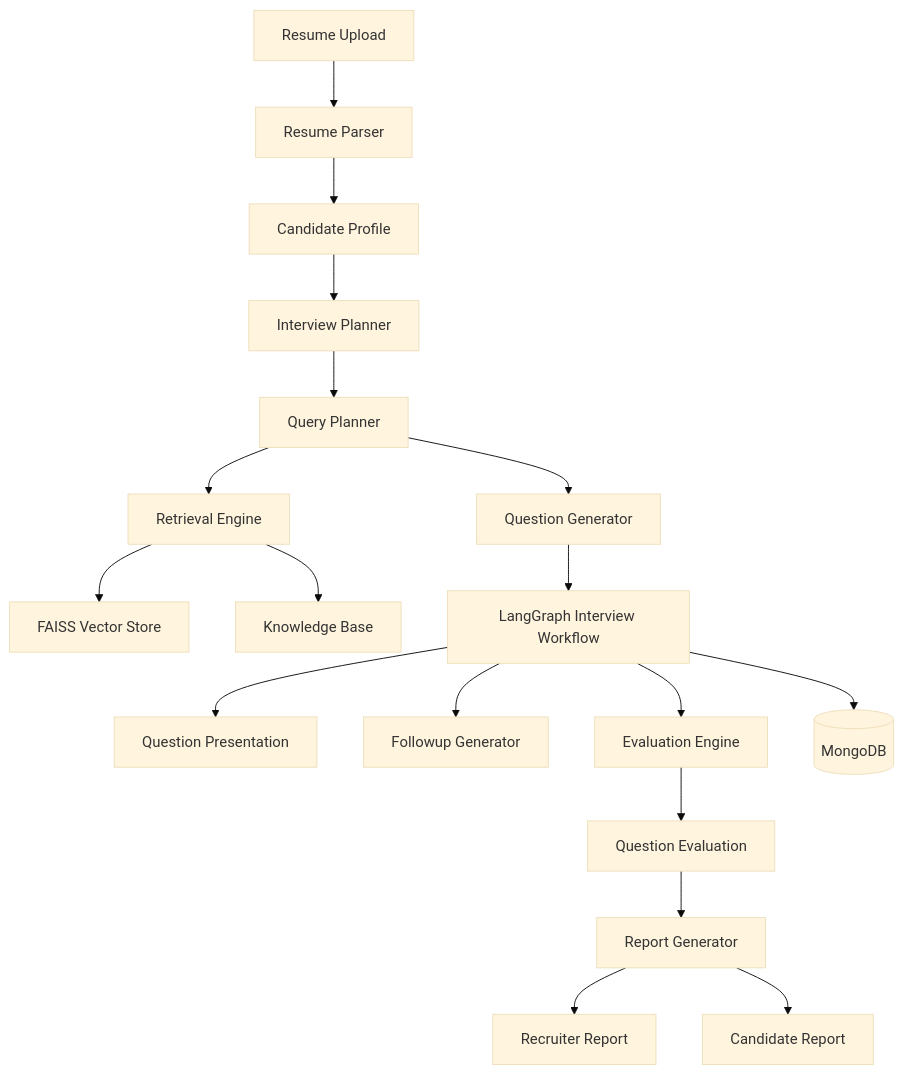
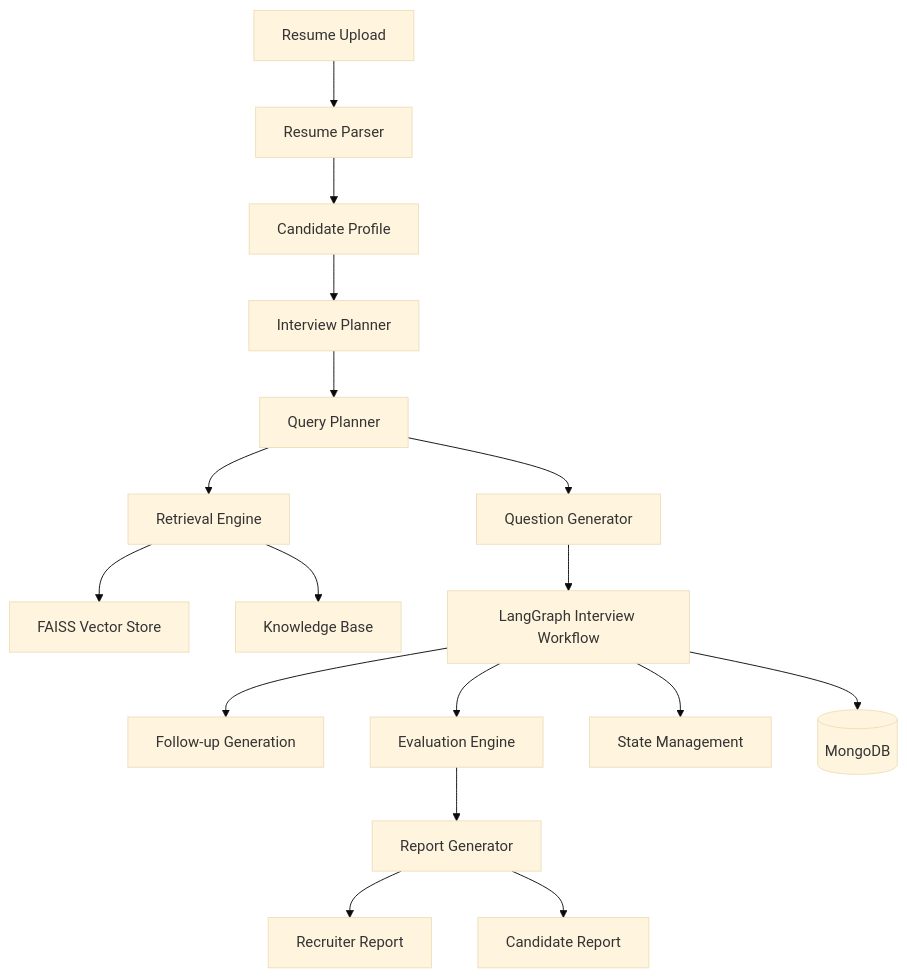
Before and after one commit to 0XSoumya/Bespoke-HR: the first of 2 diagrams in README.md, drawn with Mermaid (base theme). The commit also changed other lines of this file, not shown here.

````diff
--- a/README.md
+++ b/README.md
@@ -9,29 +44,28 @@
 ```mermaid
 flowchart TD
 
     A[Resume Upload] --> B[Resume Parser]
     B --> C[Candidate Profile]
 
     C --> D[Interview Planner]
     D --> E[Query Planner]
 
     E --> F[Retrieval Engine]
     F --> G[FAISS Vector Store]
     F --> H[Knowledge Base]
 
     E --> I[Question Generator]
 
     I --> J[LangGraph Interview Workflow]
 
-    J --> K[Question Presentation]
-    J --> L[Followup Generator]
-    J --> M[Evaluation Engine]
+    J --> K[Follow-up Generation]
+    J --> L[Evaluation Engine]
+    J --> M[State Management]
 
-    M --> N[Question Evaluation]
-    N --> O[Report Generator]
+    L --> N[Report Generator]
 
-    O --> P[Recruiter Report]
-    O --> Q[Candidate Report]
+    N --> O[Recruiter Report]
+    N --> P[Candidate Report]
 
-    J --> R[(MongoDB)]
+    J --> Q[(MongoDB)]
 ```
````
